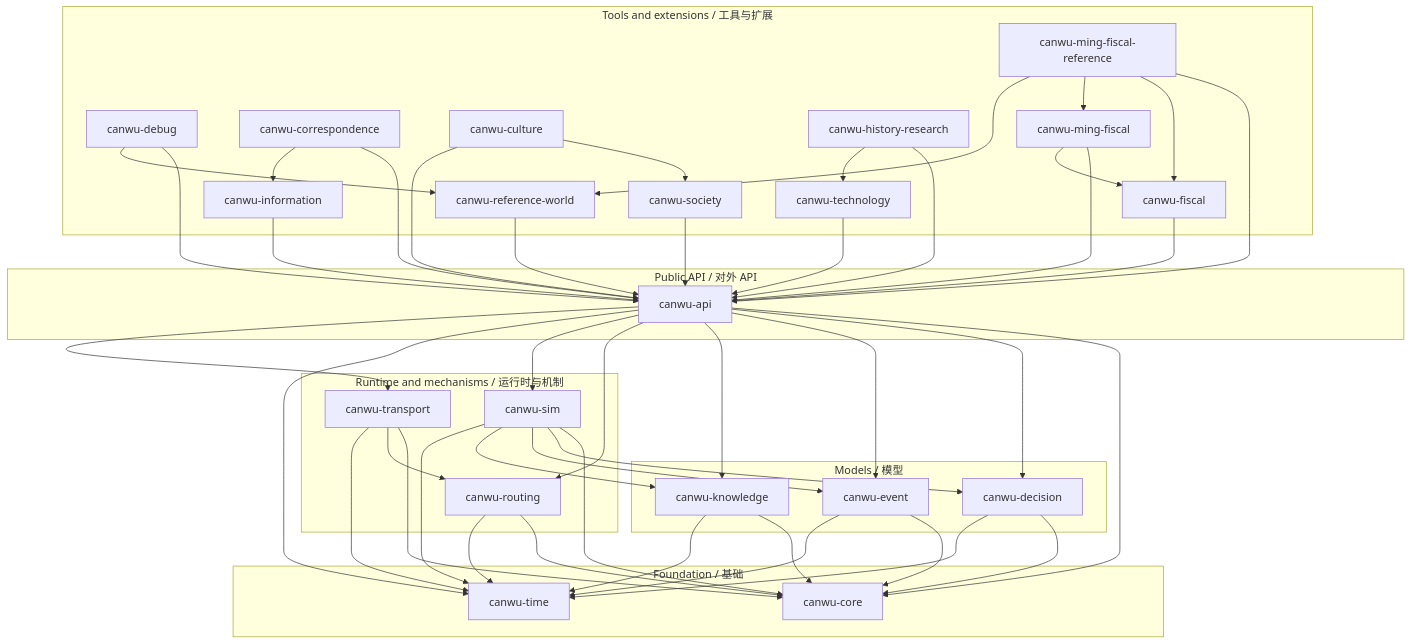
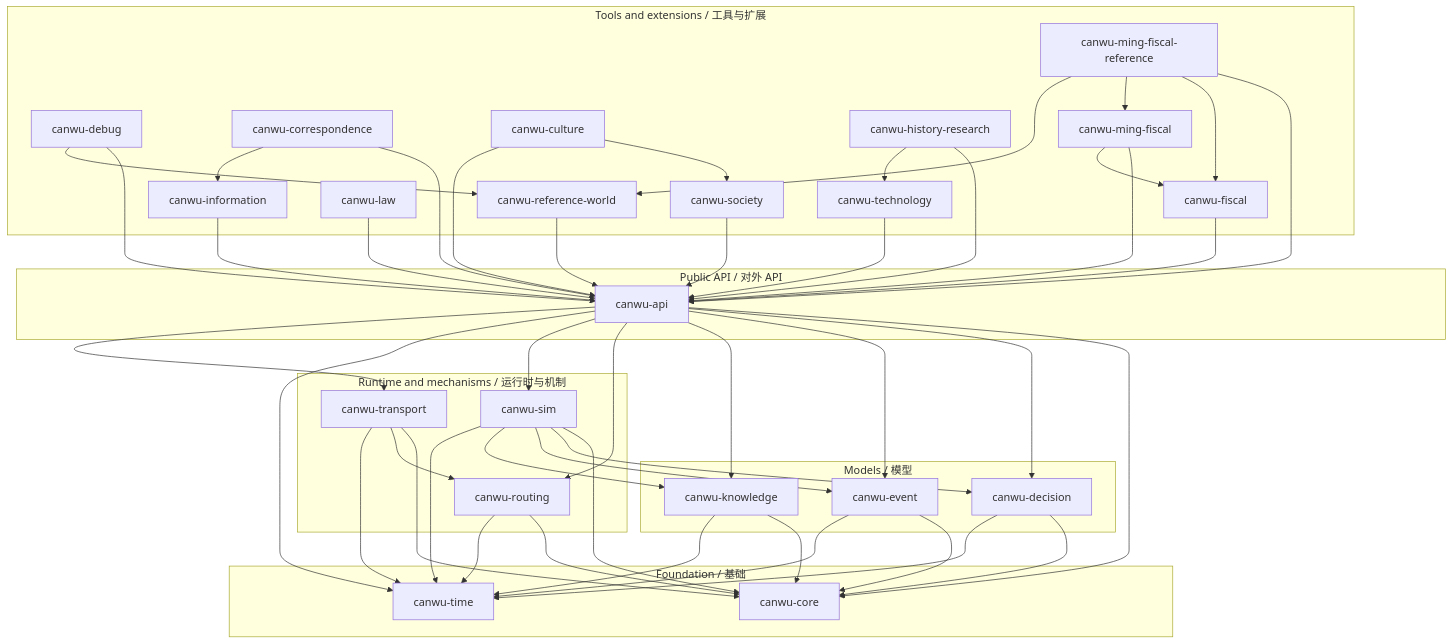
The third of 6 diagrams in docs/architecture.md (PeiyuanQi/canwu), drawn with Mermaid before and after one commit. The commit also changed other lines of this file and 62 other files, not shown here.

```diff
--- a/docs/architecture.md
+++ b/docs/architecture.md
@@ -144,6 +144,7 @@
         Information["canwu-information"]
         Society["canwu-society"]
         Culture["canwu-culture"]
+        Law["canwu-law"]
         Technology["canwu-technology"]
         History["canwu-history-research"]
         Fiscal["canwu-fiscal"]
@@ -180,6 +181,7 @@
     Society --> Api
     Culture --> Society
     Culture --> Api
+    Law --> Api
     Technology --> Api
     History --> Api
     History --> Technology
```
